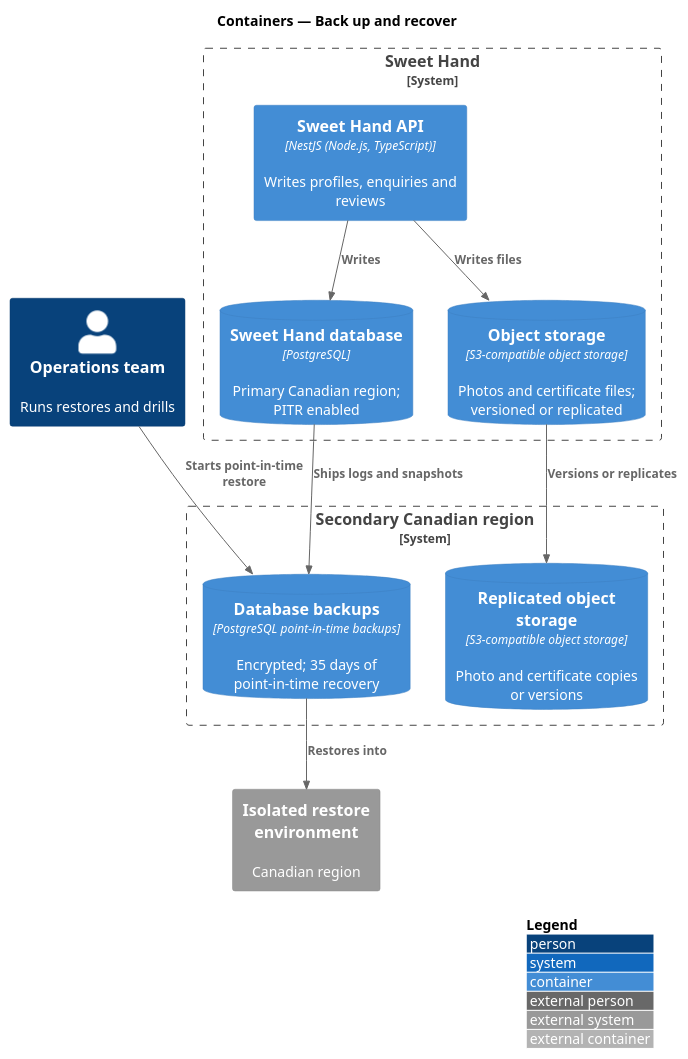
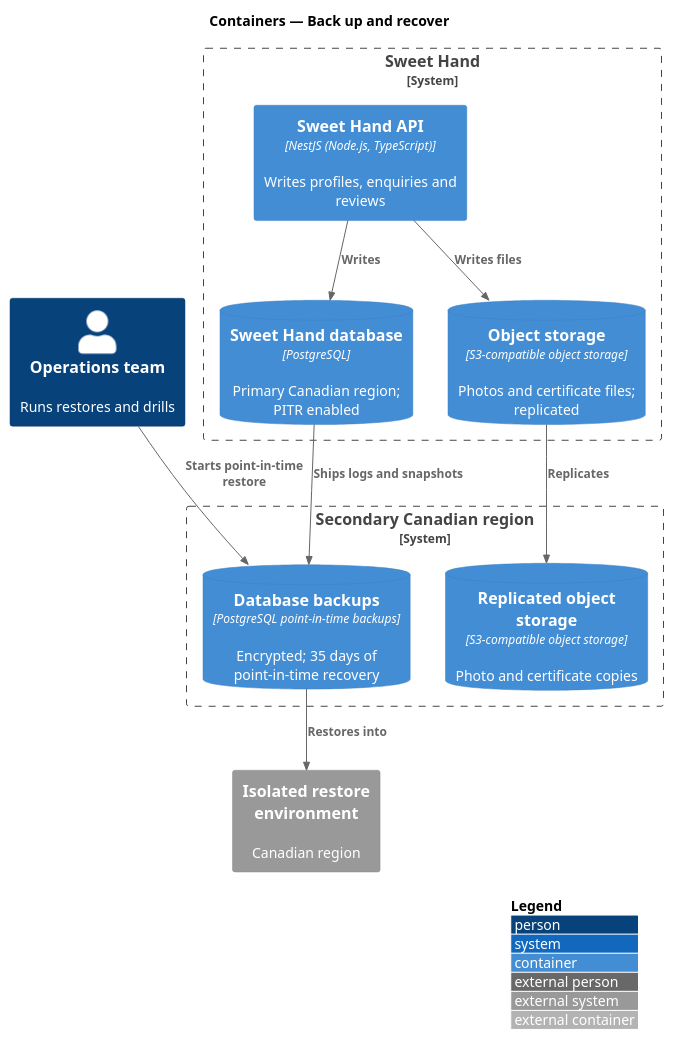
The diagram in docs/detailed-designs/platform/back-up-and-recover/diagrams/c4-container.puml (QuinntyneBrown/sweet-hand), drawn with PlantUML before and after one commit. The commit also changed 17 other files, not shown here.

```diff
--- a/docs/detailed-designs/platform/back-up-and-recover/diagrams/c4-container.puml
+++ b/docs/detailed-designs/platform/back-up-and-recover/diagrams/c4-container.puml
@@ -1,24 +1,24 @@
 @startuml
 !include <C4/C4_Container>
 LAYOUT_WITH_LEGEND()
 title Containers — Back up and recover
 
 Person(ops, "Operations team", "Runs restores and drills")
 System_Boundary(sweethand, "Sweet Hand") {
   Container(api, "Sweet Hand API", "NestJS (Node.js, TypeScript)", "Writes profiles, enquiries and reviews")
   ContainerDb(db, "Sweet Hand database", "PostgreSQL", "Primary Canadian region; PITR enabled")
-  ContainerDb(storage, "Object storage", "S3-compatible object storage", "Photos and certificate files; versioned or replicated")
+  ContainerDb(storage, "Object storage", "S3-compatible object storage", "Photos and certificate files; replicated")
 }
 System_Boundary(secondary, "Secondary Canadian region") {
   ContainerDb(dbbackup, "Database backups", "PostgreSQL point-in-time backups", "Encrypted; 35 days of point-in-time recovery")
-  ContainerDb(replica, "Replicated object storage", "S3-compatible object storage", "Photo and certificate copies or versions")
+  ContainerDb(replica, "Replicated object storage", "S3-compatible object storage", "Photo and certificate copies")
 }
 System_Ext(restore, "Isolated restore environment", "Canadian region")
 
 Rel(api, db, "Writes")
 Rel(api, storage, "Writes files")
 Rel(db, dbbackup, "Ships logs and snapshots")
-Rel(storage, replica, "Versions or replicates")
+Rel(storage, replica, "Replicates")
 Rel(ops, dbbackup, "Starts point-in-time restore")
 Rel(dbbackup, restore, "Restores into")
 @enduml
```
